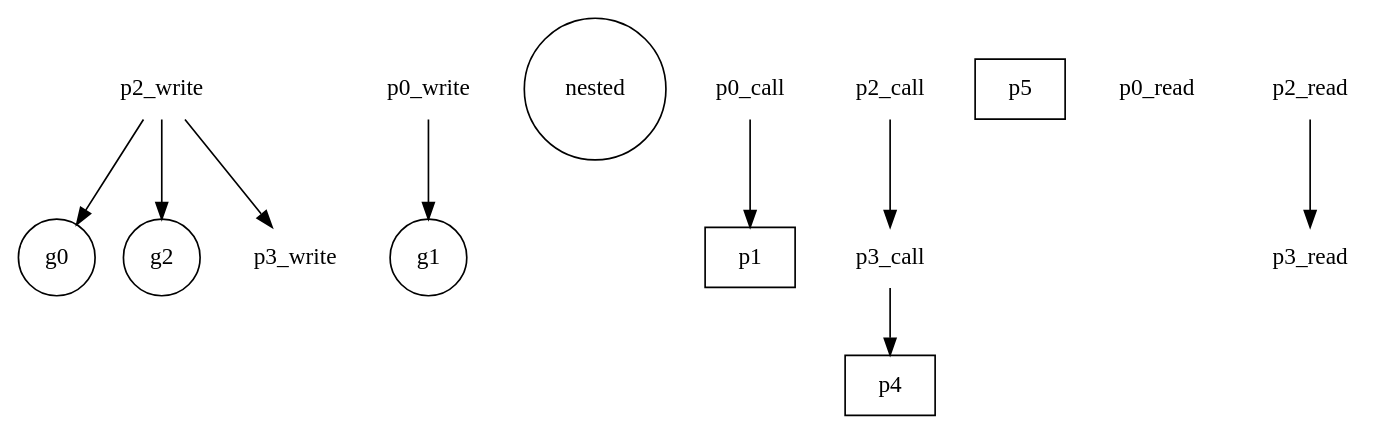
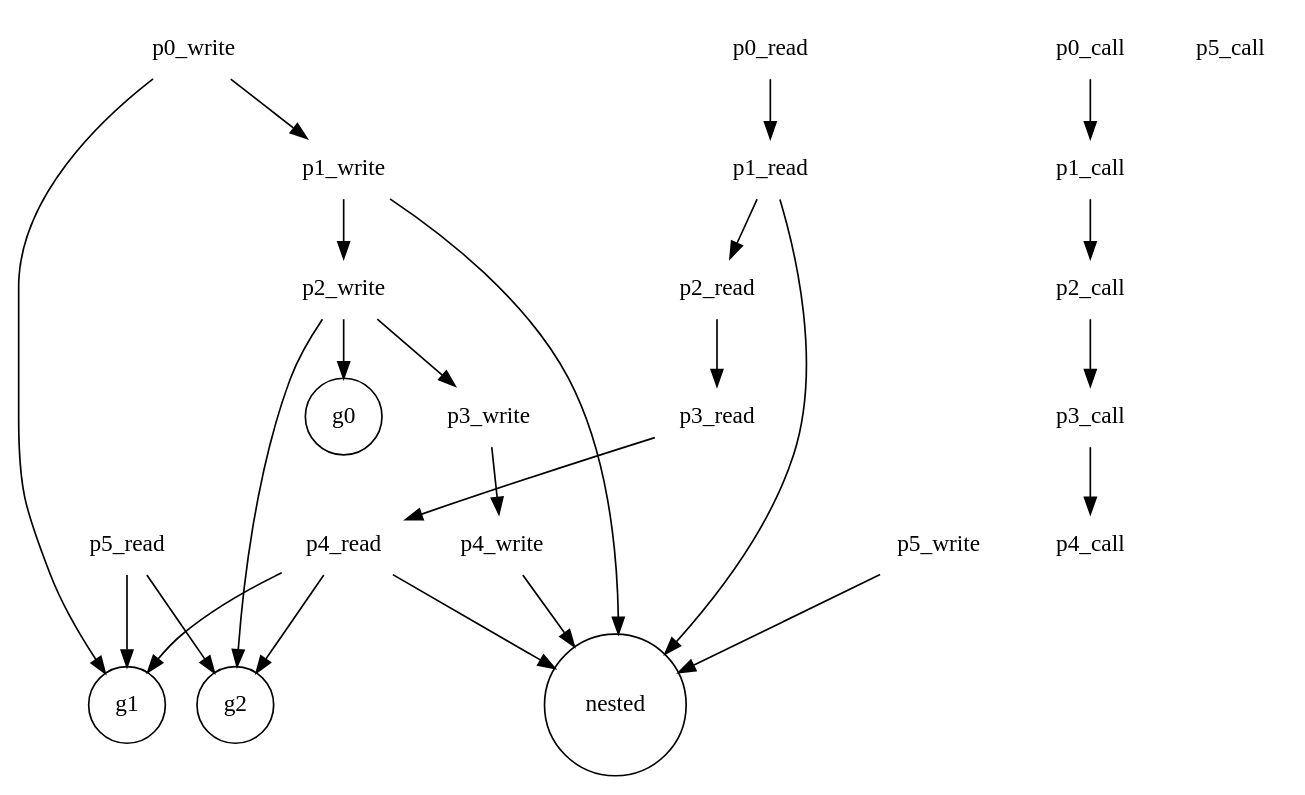
One commit to AdaCore/spark2014 changed the diagram in docs/flow/generated_globals_2016_redesign/ex2_phase1_p.dot. Above: the diagram before and after it, drawn with Graphviz. The commit also changed 3 other files, not shown here.

First line of the commit message:
P118-034 flow - redesign gg

```diff
--- a/docs/flow/generated_globals_2016_redesign/ex2_phase1_p.dot
+++ b/docs/flow/generated_globals_2016_redesign/ex2_phase1_p.dot
@@ -1,44 +1,70 @@
 digraph G {
    overlap=false;
    splies=true;
    sep=1;
    node [shape=none];
 
    g0     [shape=circle];
    g1     [shape=circle];
    g2     [shape=circle];
    nested [shape=circle];
-   p1 [shape=box];
-   p4 [shape=box];
-   p5 [shape=box];
 
    p0_read;
    p0_write;
    p0_call;
+
+   p1_read;
+   p1_write;
+   p1_call;
 
    p2_read;
    p2_write;
    p2_call;
 
    p3_read;
    p3_write;
    p3_call;
 
-   // P0
+   p4_read;
+   p4_write;
+   p4_call;
 
+   p5_read;
+   p5_write;
+   p5_call;
+
+   // Known information from analysis of Q:
+
+   p1_read  -> nested;
+   p1_write -> nested;
+   p1_call  -> p2_call;
+   p1_read  -> p2_read;
+   p1_write -> p2_write;
+
+   p4_read  -> g1;
+   p4_read  -> g2;
+   p4_read  -> nested;
+   p4_write -> nested;
+
+   p5_read  -> g1;
+   p5_read  -> g2;
+   p5_write -> nested;
+
+   // From phase1 cfg of P:
+
+   p0_read  -> p1_read;
+   p0_write -> p1_write;
+   p0_call  -> p1_call;
    p0_write -> g1;
-   p0_call  -> p1;
 
-   // P2
-
-   p2_write -> g0;
-   p2_write -> g2;
    p2_read  -> p3_read;
    p2_write -> p3_write;
    p2_call  -> p3_call;
+   p2_write -> g0;
+   p2_write -> g2;
 
-   // P3
-
-   p3_call -> p4;
+   p3_read  -> p4_read;
+   p3_write -> p4_write;
+   p3_call  -> p4_call;
 
 }
```
